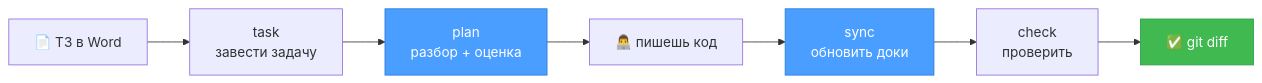
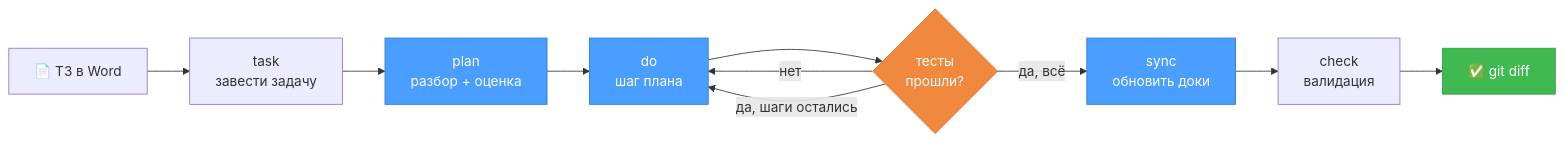
The diagram in README.md (portner-boop/project-memory), drawn with Mermaid before and after one commit. The commit also changed other lines of this file and 9 other files, not shown here.

````diff
--- a/README.md
+++ b/README.md
@@ -110,13 +110,18 @@
 ```mermaid
 flowchart LR
     TZ["📄 ТЗ в Word"] --> T["task<br/>завести задачу"]
     T --> P["plan<br/>разбор + оценка"]
-    P --> D["👨‍💻 пишешь код"]
-    D --> S["sync<br/>обновить доки"]
-    S --> C["check<br/>проверить"]
+    P --> D["do<br/>шаг плана"]
+    D --> V{"тесты<br/>прошли?"}
+    V -- "нет" --> D
+    V -- "да, шаги остались" --> D
+    V -- "да, всё" --> S["sync<br/>обновить доки"]
+    S --> C["check<br/>валидация"]
     C --> G["✅ git diff"]
 
     style P fill:#4a9eff,stroke:#2c7cd6,color:#fff
+    style D fill:#4a9eff,stroke:#2c7cd6,color:#fff
     style S fill:#4a9eff,stroke:#2c7cd6,color:#fff
+    style V fill:#f0883e,stroke:#db6d28,color:#fff
     style G fill:#3fb950,stroke:#2ea043,color:#fff
 ```
````
